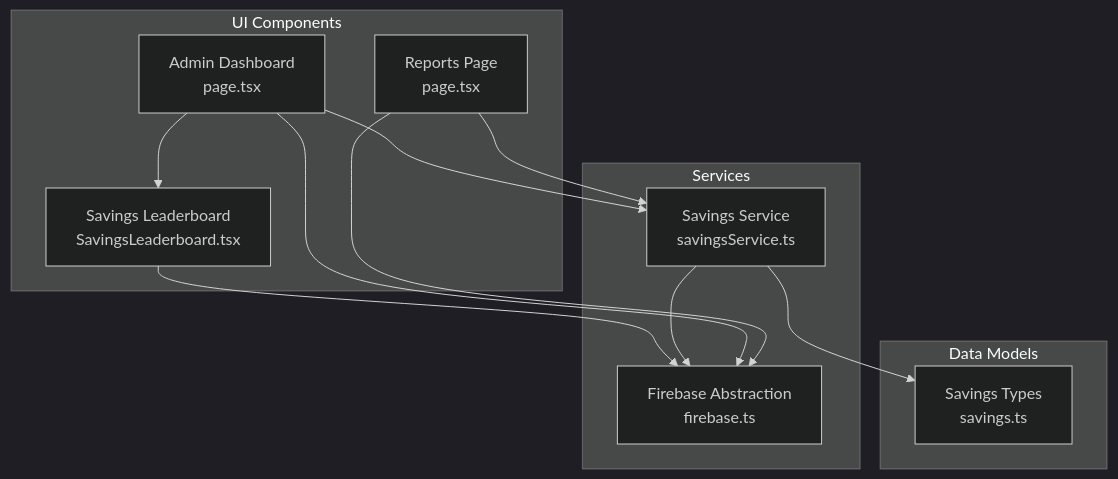
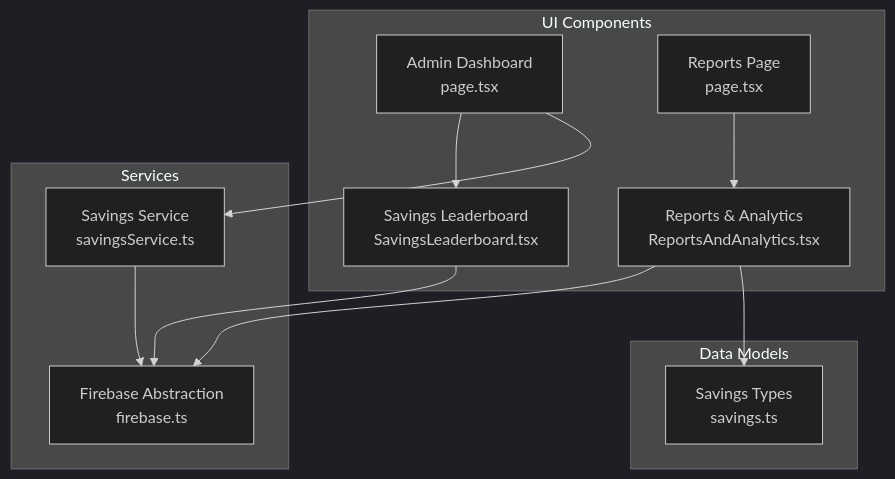
Before and after one commit to Unsure-bry/sampacoop_system: the first of 8 diagrams in .qoder/repowiki/en/content/Savings Management System/Savings Leaderboard & Analytics.md, drawn with Mermaid (dark theme). The commit also changed other lines of this file and 6 other files, not shown here.

````diff
--- a/.qoder/repowiki/en/content/Savings Management System/Savings Leaderboard & Analytics.md
+++ b/.qoder/repowiki/en/content/Savings Management System/Savings Leaderboard & Analytics.md
@@ -36,23 +46,23 @@
 ```mermaid
 graph TB
 subgraph "UI Components"
 A["Admin Dashboard<br/>page.tsx"]
 B["Reports Page<br/>page.tsx"]
 C["Savings Leaderboard<br/>SavingsLeaderboard.tsx"]
+D["Reports & Analytics<br/>ReportsAndAnalytics.tsx"]
 end
 subgraph "Services"
-D["Savings Service<br/>savingsService.ts"]
-E["Firebase Abstraction<br/>firebase.ts"]
+E["Savings Service<br/>savingsService.ts"]
+F["Firebase Abstraction<br/>firebase.ts"]
 end
 subgraph "Data Models"
-F["Savings Types<br/>savings.ts"]
+G["Savings Types<br/>savings.ts"]
 end
 A --> C
-A --> D
+A --> E
 B --> D
-C --> E
-D --> E
-A --> E
-B --> E
+C --> F
 D --> F
+E --> F
+D --> G
 ```
````
